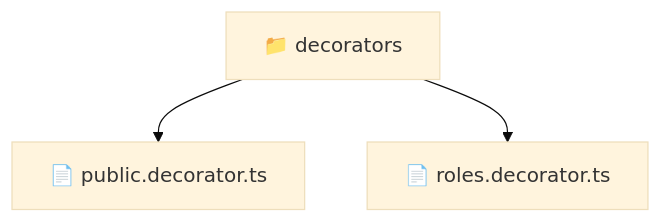
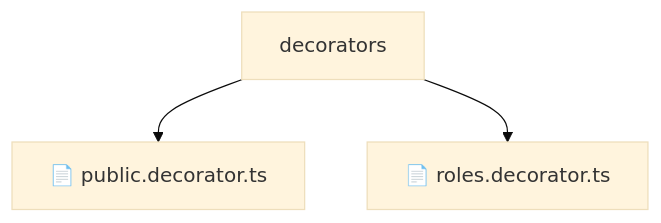
The diagram in backend/src/common/decorators/README.md (beginwebdev2002/fullstack-mavluda), drawn with Mermaid (base theme) before and after one commit. The commit also changed other lines of this file and 155 other files, not shown here.

````diff
--- a/backend/src/common/decorators/README.md
+++ b/backend/src/common/decorators/README.md
@@ -9,6 +14,6 @@
 ```mermaid
 graph TD
-  Root["📁 decorators"]
-  Root --> publicdecoratorts["📄 public.decorator.ts"]
-  Root --> rolesdecoratorts["📄 roles.decorator.ts"]
+    Root[decorators]
+    Root --> F0[📄 public.decorator.ts]
+    Root --> F1[📄 roles.decorator.ts]
 ```
````
